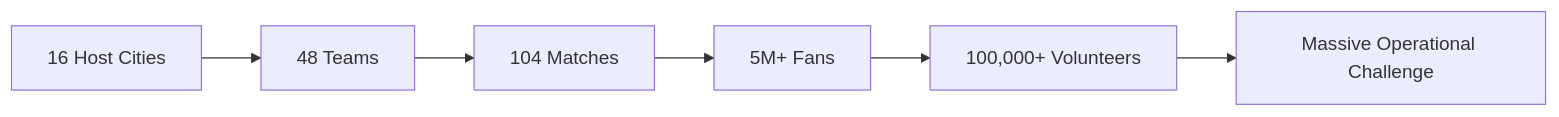
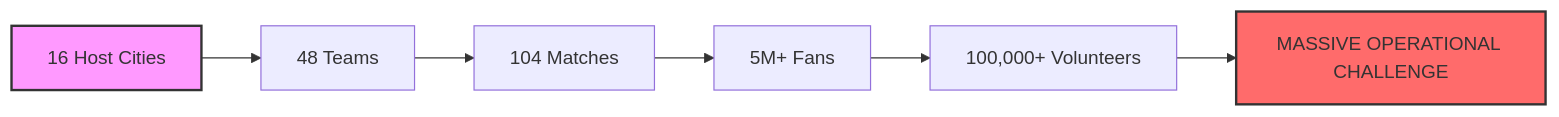
Before and after one commit to Riya-davra04/StadiumGPT-AI-Stadium-Assistant: the first of 22 diagrams in README.md, drawn with Mermaid. The commit also changed other lines of this file, not shown here.

````diff
--- a/README.md
+++ b/README.md
@@ -50,8 +50,11 @@
 ```mermaid
-graph LR
+flowchart LR
     A[16 Host Cities] --> B[48 Teams]
     B --> C[104 Matches]
     C --> D[5M+ Fans]
     D --> E[100,000+ Volunteers]
-    E --> F[Massive Operational Challenge]
+    E --> F[MASSIVE OPERATIONAL CHALLENGE]
+    
+    style A fill:#f9f,stroke:#333,stroke-width:2px
+    style F fill:#ff6b6b,stroke:#333,stroke-width:2px
 ```
````
